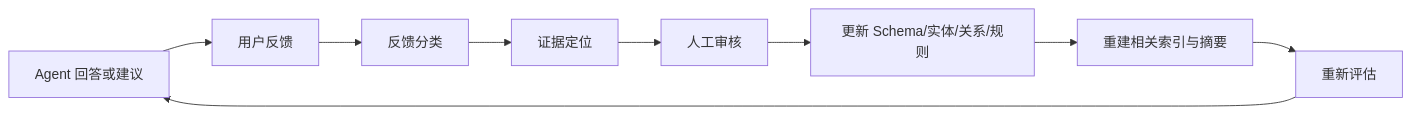
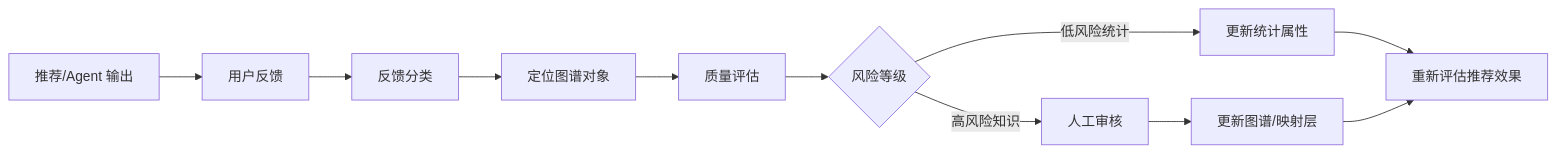
One commit to caiqiyue/kg-learning changed the fourth of 4 diagrams in lessons/13-企业实践与结课项目/content.md. Above: the diagram before and after it, drawn with Mermaid. The commit also changed other lines of this file and 6 other files, not shown here.

````diff
--- a/lessons/13-企业实践与结课项目/content.md
+++ b/lessons/13-企业实践与结课项目/content.md
@@ -205,11 +211,13 @@
 ```mermaid
 flowchart LR
-    A[Agent 回答或建议] --> B[用户反馈]
+    A[推荐/Agent 输出] --> B[用户反馈]
     B --> C[反馈分类]
-    C --> D[证据定位]
-    D --> E[人工审核]
-    E --> F[更新 Schema/实体/关系/规则]
-    F --> G[重建相关索引与摘要]
-    G --> H[重新评估]
-    H --> A
+    C --> D[定位图谱对象]
+    D --> E[质量评估]
+    E --> F{风险等级}
+    F -->|低风险统计| G[更新统计属性]
+    F -->|高风险知识| H[人工审核]
+    H --> I[更新图谱/映射层]
+    G --> J[重新评估推荐效果]
+    I --> J
 ```
````
